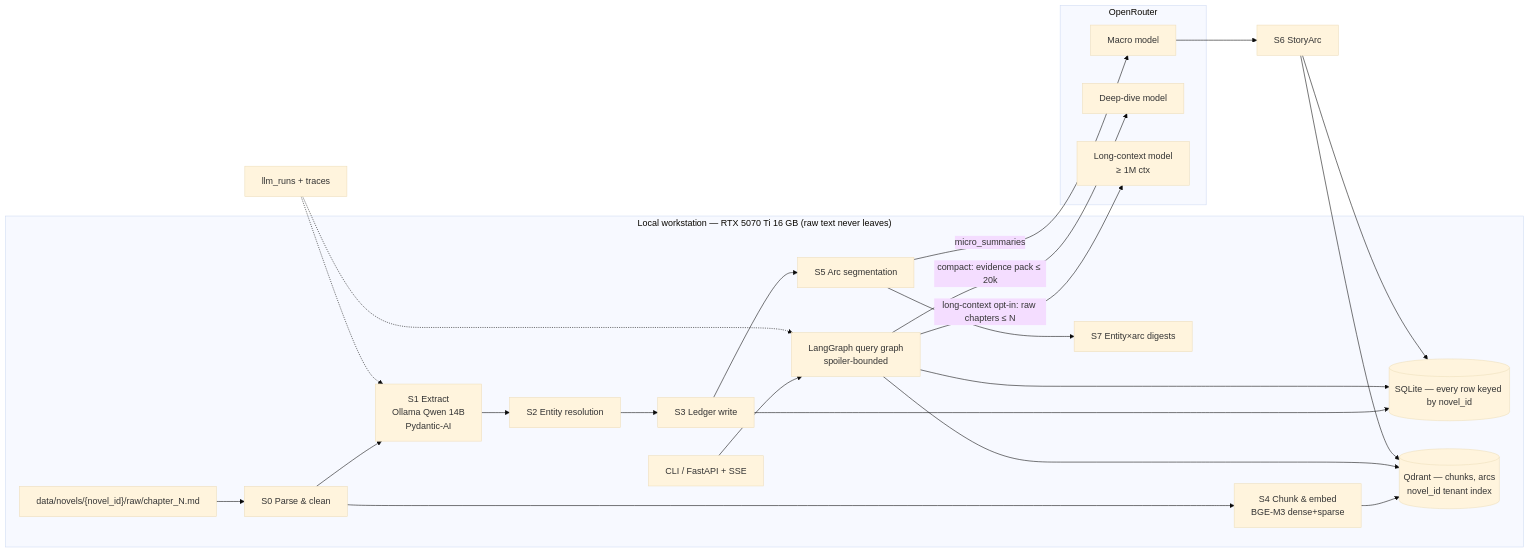
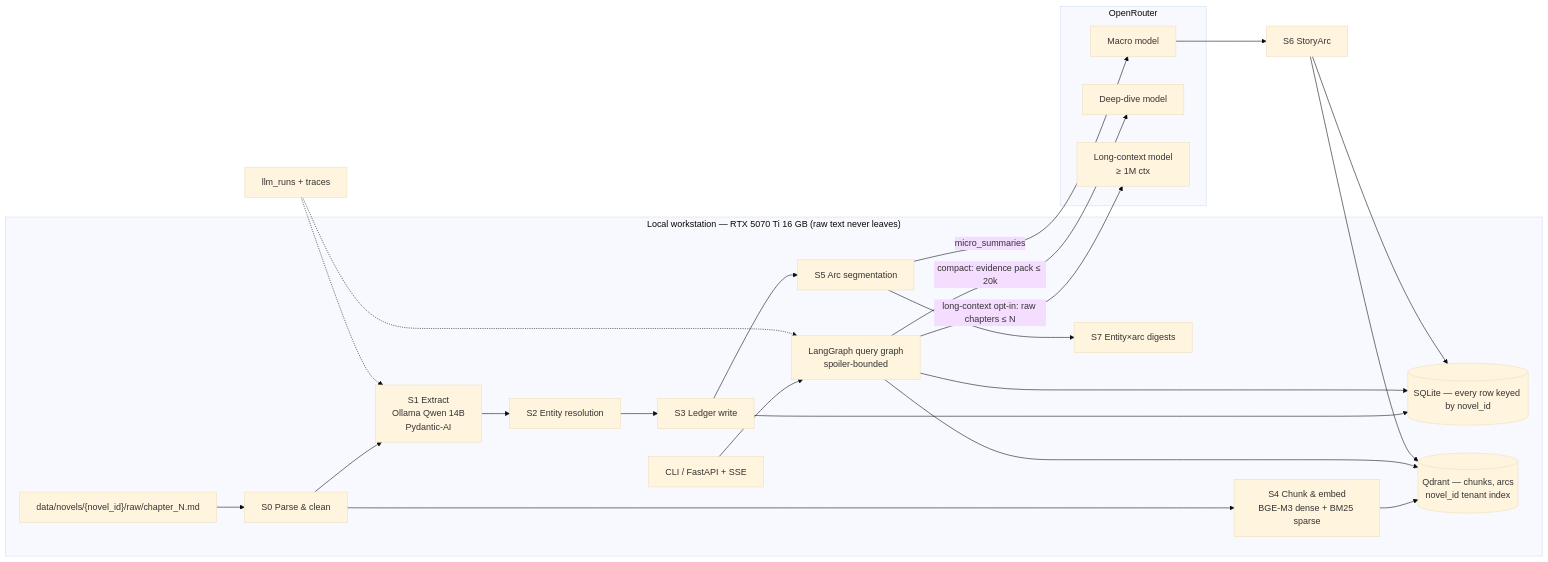
One commit to xhuyvn/xian_agent changed the first of 3 diagrams in ARCHITECTURE_BLUEPRINT_v3.md. Above: the diagram before and after it, drawn with Mermaid (base theme). The commit also changed other lines of this file and 4 other files, not shown here.

````diff
--- a/ARCHITECTURE_BLUEPRINT_v3.md
+++ b/ARCHITECTURE_BLUEPRINT_v3.md
@@ -95,29 +95,29 @@
 ```mermaid
 flowchart LR
   subgraph Local["Local workstation — RTX 5070 Ti 16 GB (raw text never leaves)"]
     RAW["data/novels/{novel_id}/raw/chapter_N.md"] --> S0[S0 Parse & clean]
     S0 --> S1[S1 Extract<br/>Ollama Qwen 14B<br/>Pydantic-AI]
     S1 --> S2[S2 Entity resolution]
     S2 --> S3[S3 Ledger write]
-    S0 --> S4[S4 Chunk & embed<br/>BGE-M3 dense+sparse]
+    S0 --> S4[S4 Chunk & embed<br/>BGE-M3 dense + BM25 sparse]
     S3 --> S5[S5 Arc segmentation]
     S5 --> S7[S7 Entity×arc digests]
     DB[("SQLite — every row keyed by novel_id")]
     QD[("Qdrant — chunks, arcs<br/>novel_id tenant index")]
     S3 --> DB
     S4 --> QD
     QG[LangGraph query graph<br/>spoiler-bounded] --> DB
     QG --> QD
     CLI["CLI / FastAPI + SSE"] --> QG
   end
   subgraph Cloud["OpenRouter"]
     M1[Macro model]
     M2[Deep-dive model]
     M3[Long-context model<br/>≥ 1M ctx]
   end
   S5 -->|micro_summaries| M1 --> S6[S6 StoryArc] --> DB
   S6 --> QD
   QG -->|compact: evidence pack ≤ 20k| M2
   QG -->|long-context opt-in: raw chapters ≤ N| M3
   OBS["llm_runs + traces"] -.-> S1 & QG
 ```
````
